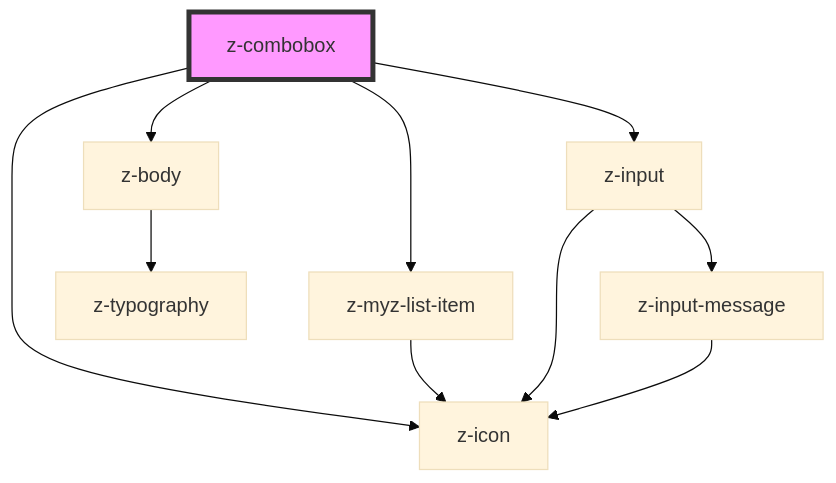
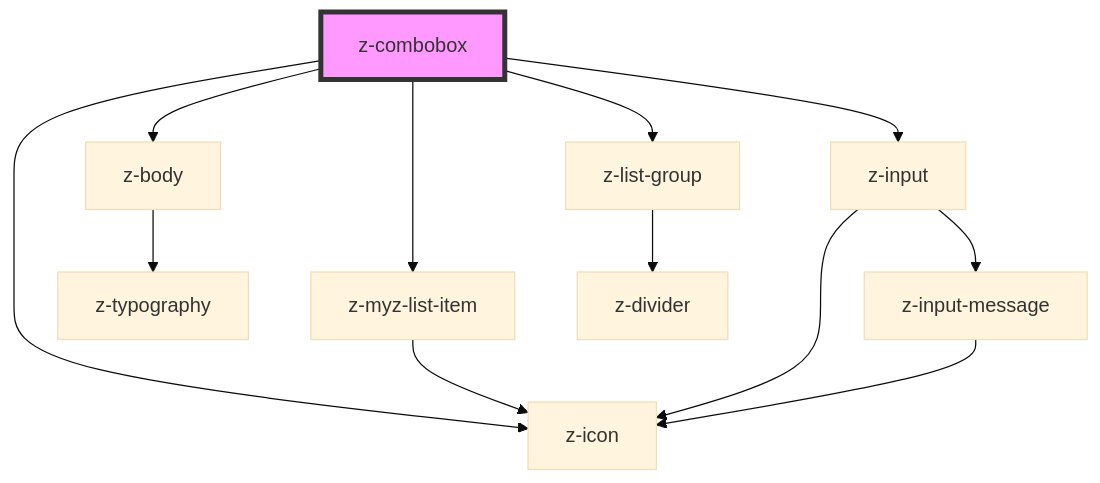
One commit to ZanichelliEditore/design-system changed the diagram in src/components/inputs/z-combobox/readme.md. Above: the diagram before and after it, drawn with Mermaid (base theme). The commit also changed other lines of this file and 4 other files, not shown here.

````diff
--- a/src/components/inputs/z-combobox/readme.md
+++ b/src/components/inputs/z-combobox/readme.md
@@ -69,13 +71,15 @@
 ```mermaid
 graph TD;
   z-combobox --> z-body
   z-combobox --> z-icon
   z-combobox --> z-myz-list-item
   z-combobox --> z-input
+  z-combobox --> z-list-group
   z-body --> z-typography
   z-myz-list-item --> z-icon
   z-input --> z-icon
   z-input --> z-input-message
   z-input-message --> z-icon
+  z-list-group --> z-divider
   style z-combobox fill:#f9f,stroke:#333,stroke-width:4px
 ```
````
